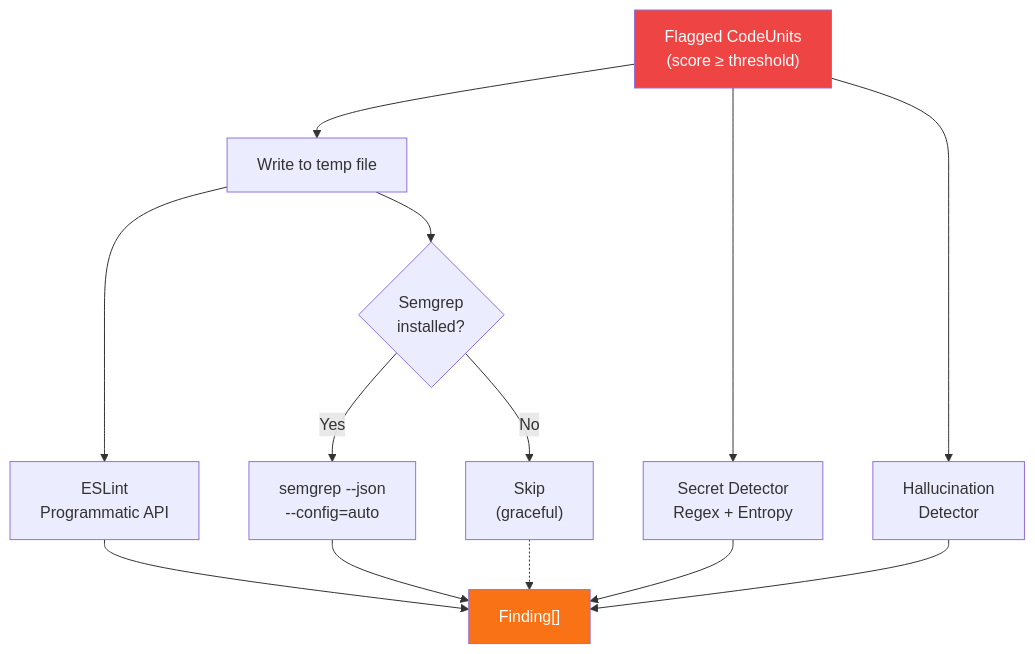
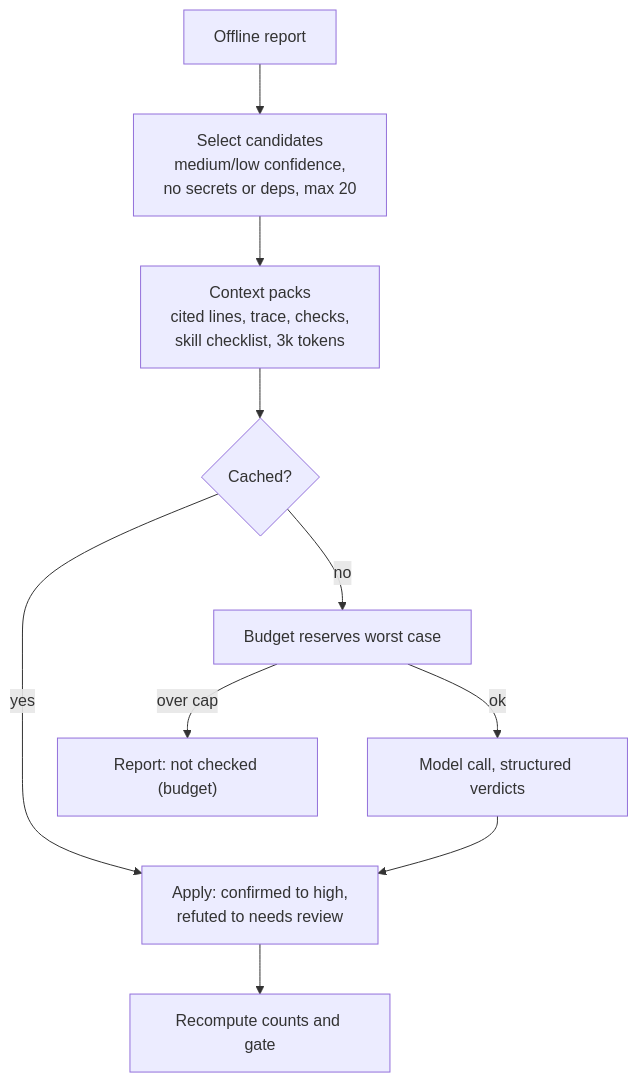
One commit to arsh342/athena changed the third of 4 diagrams in docs/SYSTEM_DESIGN.md. Above: the diagram before and after it, drawn with Mermaid. The commit also changed other lines of this file and 3 other files, not shown here.

Commit message:
docs: update CLI README, system design, tech stack and UML diagrams to the current architecture

````diff
--- a/docs/SYSTEM_DESIGN.md
+++ b/docs/SYSTEM_DESIGN.md
@@ -357,22 +104,12 @@
 ```mermaid
-flowchart TD
-    FLAGGED["Flagged CodeUnits<br/>(score ≥ threshold)"]
-    
-    FLAGGED --> TMPFILE["Write to temp file"]
-    TMPFILE --> ESLINT["ESLint<br/>Programmatic API"]
-    TMPFILE --> SEMGREP{"Semgrep<br/>installed?"}
-    FLAGGED --> SECRET["Secret Detector<br/>Regex + Entropy"]
-    FLAGGED --> HALLUC["Hallucination<br/>Detector"]
-    
-    SEMGREP -->|Yes| SEMGREP_RUN["semgrep --json<br/>--config=auto"]
-    SEMGREP -->|No| SKIP["Skip<br/>(graceful)"]
-    
-    ESLINT --> FINDINGS["Finding[]"]
-    SEMGREP_RUN --> FINDINGS
-    SECRET --> FINDINGS
-    HALLUC --> FINDINGS
-    SKIP -.-> FINDINGS
-
-    style FLAGGED fill:#ef4444,color:#fff
-    style FINDINGS fill:#f97316,color:#fff
+flowchart TB
+  R["Offline report"] --> S["Select candidates<br/>medium/low confidence,<br/>no secrets or deps, max 20"]
+  S --> P["Context packs<br/>cited lines, trace, checks,<br/>skill checklist, 3k tokens"]
+  P --> C{"Cached?"}
+  C -->|yes| V
+  C -->|no| B["Budget reserves worst case"]
+  B -->|over cap| N["Report: not checked (budget)"]
+  B -->|ok| M["Model call, structured verdicts"]
+  M --> V["Apply: confirmed to high,<br/>refuted to needs review"]
+  V --> G["Recompute counts and gate"]
 ```
````
